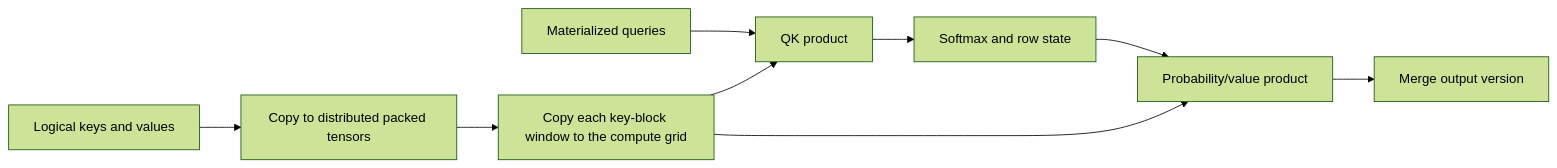
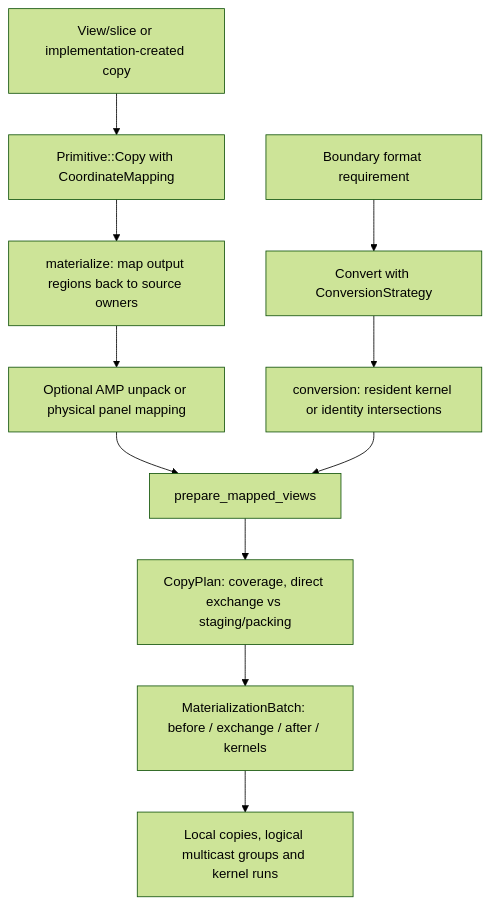
The third of 3 diagrams in docs/COMPILER_DATA_FLOW.md (osmarks/ipu-stack), drawn with Mermaid (forest theme) before and after one commit. The commit also changed other lines of this file and 2 other files, not shown here.

Commit message:
Map compiler responsibilities and propose structural refactoring boundaries

````diff
--- a/docs/COMPILER_DATA_FLOW.md
+++ b/docs/COMPILER_DATA_FLOW.md
@@ -86,11 +159,13 @@
 ```mermaid
-flowchart LR
-  K[Logical keys and values] --> PACK[Copy to distributed packed tensors]
-  PACK --> WINDOW[Copy each key-block window to the compute grid]
-  Q[Materialized queries] --> QK[QK product]
-  WINDOW --> QK
-  QK --> SOFTMAX[Softmax and row state]
-  SOFTMAX --> PV[Probability/value product]
-  WINDOW --> PV
-  PV --> MERGE[Merge output version]
+flowchart TD
+  V[View/slice or implementation-created copy] --> C[Primitive::Copy with CoordinateMapping]
+  F[Boundary format requirement] --> CV[Convert with ConversionStrategy]
+  C --> MP[materialize: map output regions back to source owners]
+  CV --> CP[conversion: resident kernel or identity intersections]
+  MP --> U[Optional AMP unpack or physical panel mapping]
+  U --> B[prepare_mapped_views]
+  CP --> B
+  B --> P[CopyPlan: coverage, direct exchange vs staging/packing]
+  P --> Q[MaterializationBatch: before / exchange / after / kernels]
+  Q --> X[Local copies, logical multicast groups and kernel runs]
 ```
````
